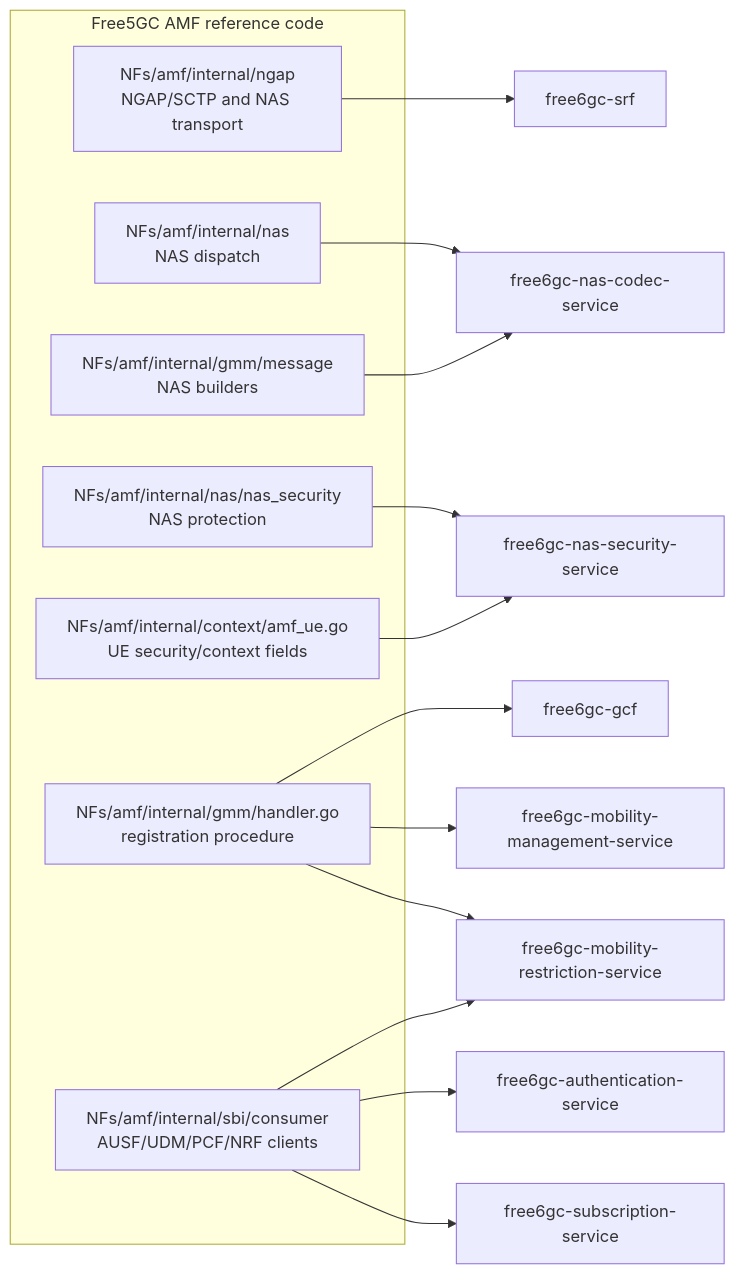
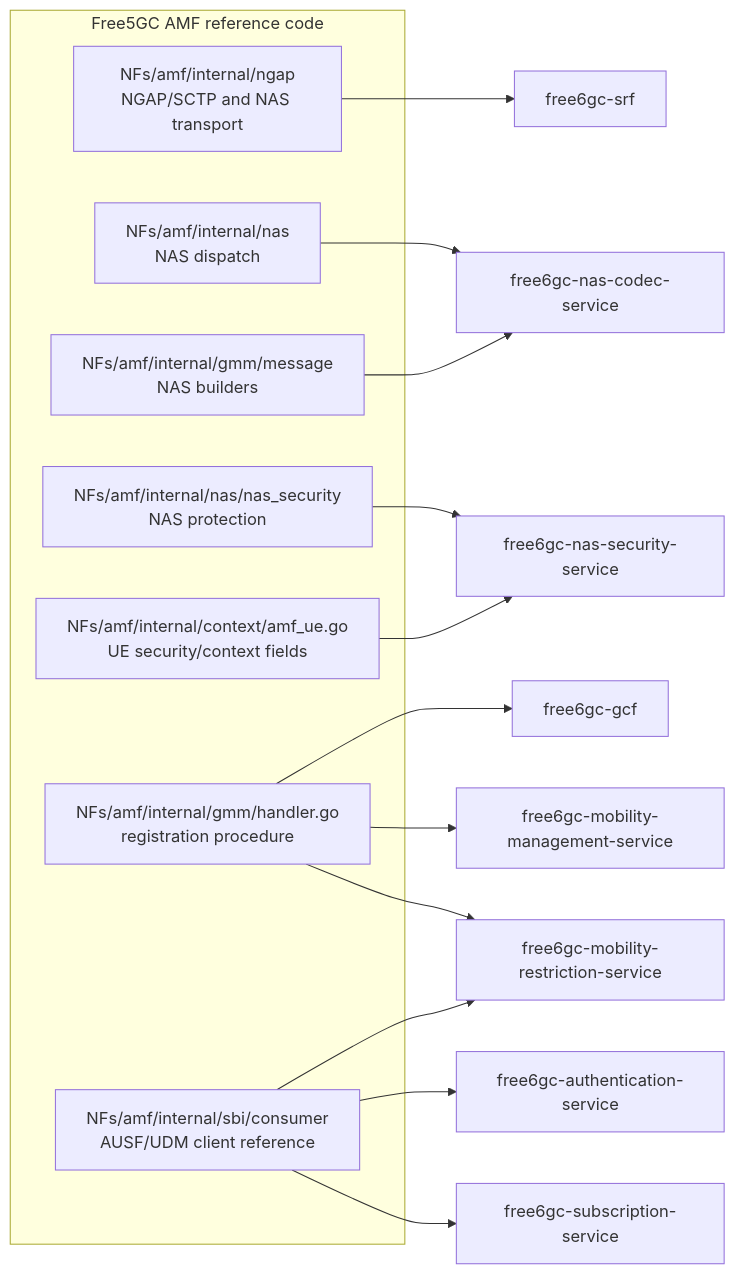
Before and after one commit to acore2026/docs: the fifth of 16 diagrams in orange-prototype-wiki/free6gc-initial-design.md, drawn with Mermaid. The commit also changed other lines of this file, not shown here.

````diff
--- a/orange-prototype-wiki/free6gc-initial-design.md
+++ b/orange-prototype-wiki/free6gc-initial-design.md
@@ -187,24 +209,24 @@
 ```mermaid
 flowchart LR
     subgraph AMF[Free5GC AMF reference code]
         NGAP[NFs/amf/internal/ngap<br/>NGAP/SCTP and NAS transport]
         NAS[NFs/amf/internal/nas<br/>NAS dispatch]
         GMMMSG[NFs/amf/internal/gmm/message<br/>NAS builders]
         SEC[NFs/amf/internal/nas/nas_security<br/>NAS protection]
         UECTX[NFs/amf/internal/context/amf_ue.go<br/>UE security/context fields]
         GMM[NFs/amf/internal/gmm/handler.go<br/>registration procedure]
-        SBI[NFs/amf/internal/sbi/consumer<br/>AUSF/UDM/PCF/NRF clients]
+        SBI[NFs/amf/internal/sbi/consumer<br/>AUSF/UDM client reference]
     end
 
     NGAP --> SRF[free6gc-srf]
     NAS --> NASC[free6gc-nas-codec-service]
     GMMMSG --> NASC
     SEC --> NASS[free6gc-nas-security-service]
     UECTX --> NASS
     GMM --> GCF[free6gc-gcf]
     GMM --> MM[free6gc-mobility-management-service]
     GMM --> MR[free6gc-mobility-restriction-service]
     SBI --> AUTH[free6gc-authentication-service]
     SBI --> SUB[free6gc-subscription-service]
     SBI --> MR
 ```
````
